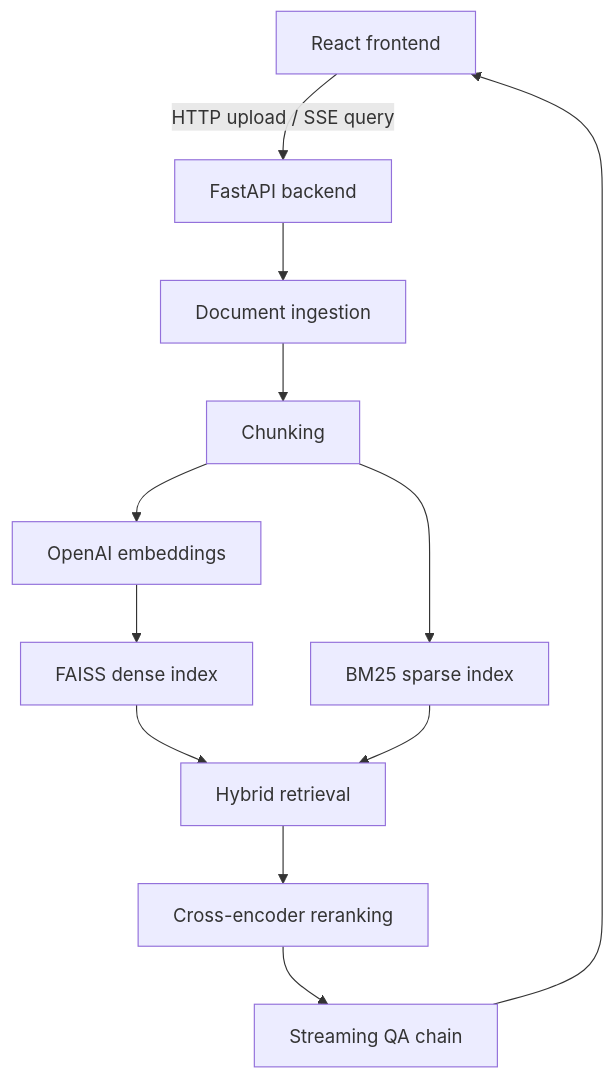
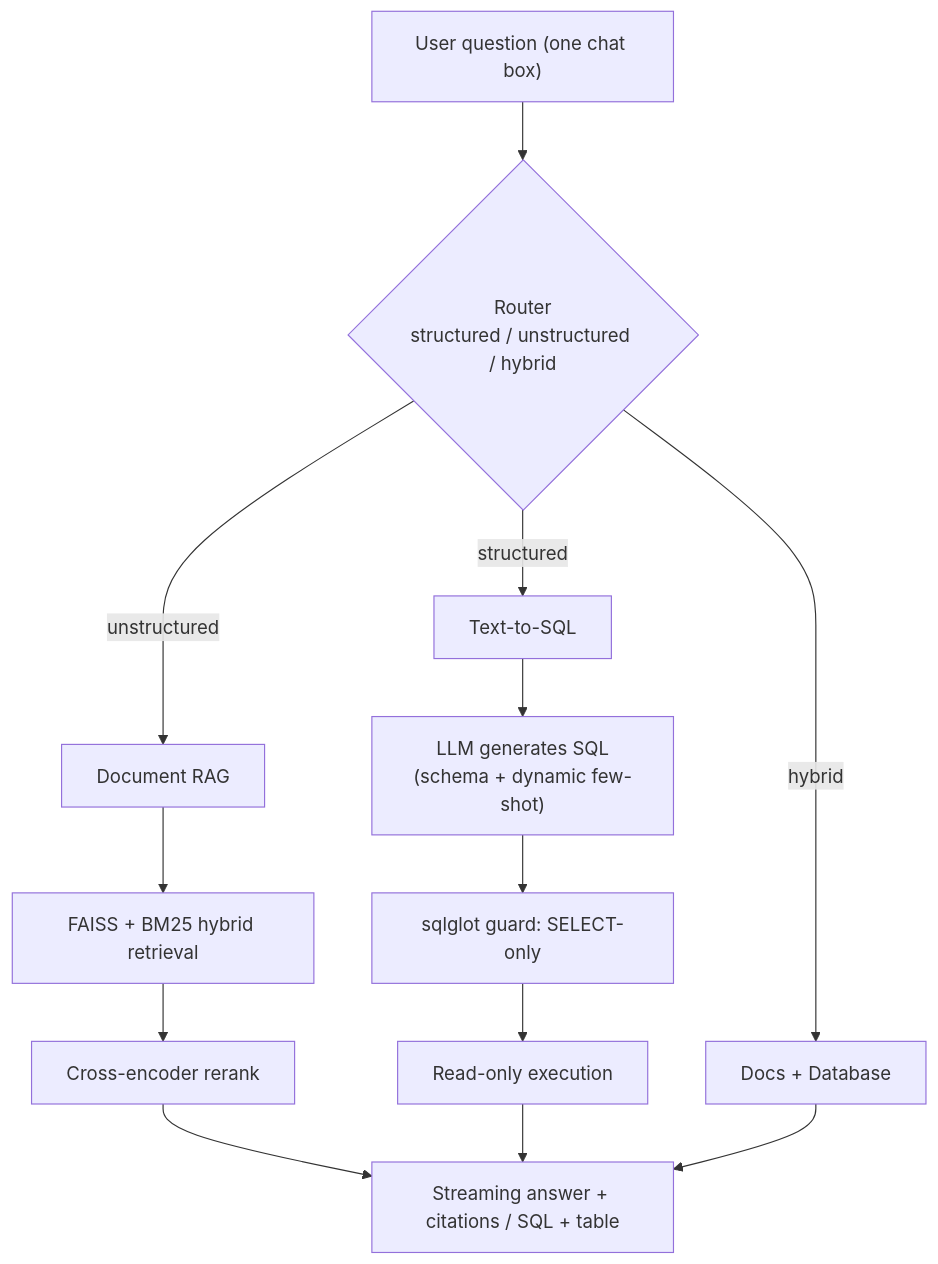
The diagram in README.md (EddyJJHuang/DocLens), drawn with Mermaid before and after one commit. The commit also changed other lines of this file and 55 other files, not shown here.

First line of the commit message:
feat: hybrid RAG + Text-to-SQL knowledge assistant

````diff
--- a/README.md
+++ b/README.md
@@ -7,14 +14,19 @@
 ```mermaid
 flowchart TB
-    A["React frontend"] -->|"HTTP upload / SSE query"| B["FastAPI backend"]
-    B --> C["Document ingestion"]
-    C --> D["Chunking"]
-    D --> E["OpenAI embeddings"]
-    E --> F["FAISS dense index"]
-    D --> G["BM25 sparse index"]
-    F --> H["Hybrid retrieval"]
-    G --> H
-    H --> I["Cross-encoder reranking"]
-    I --> J["Streaming QA chain"]
-    J --> A
+    Q["User question (one chat box)"] --> R{"Router<br/>structured / unstructured / hybrid"}
+
+    R -->|unstructured| RAG["Document RAG"]
+    R -->|hybrid| BOTH["Docs + Database"]
+    R -->|structured| SQL["Text-to-SQL"]
+
+    RAG --> HR["FAISS + BM25 hybrid retrieval"]
+    HR --> RR["Cross-encoder rerank"]
+
+    SQL --> G["LLM generates SQL<br/>(schema + dynamic few-shot)"]
+    G --> GUARD["sqlglot guard: SELECT-only"]
+    GUARD --> EX["Read-only execution"]
+
+    RR --> ANS["Streaming answer + citations / SQL + table"]
+    EX --> ANS
+    BOTH --> ANS
 ```
````
